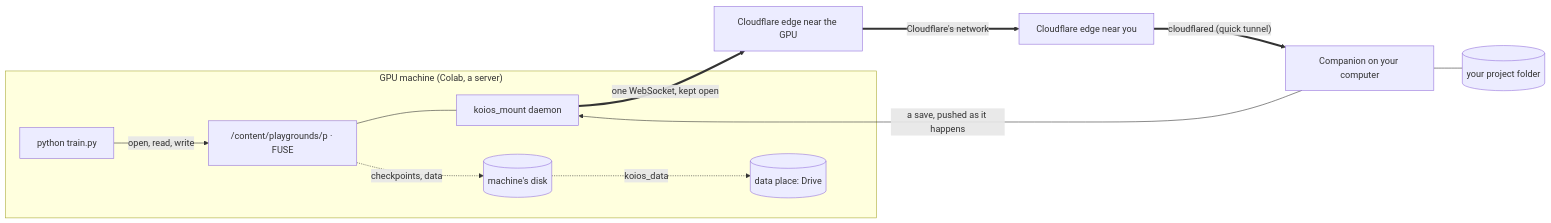
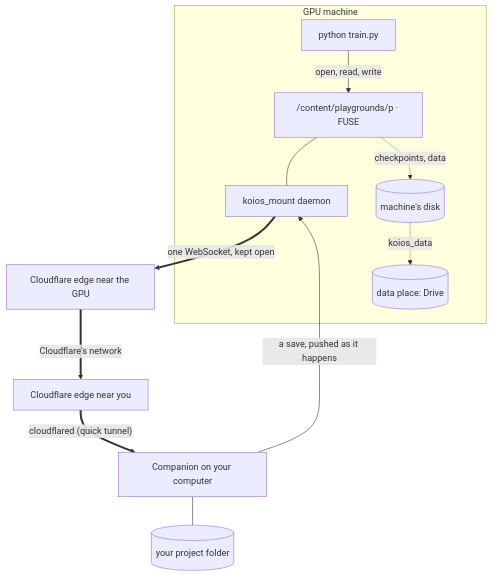
One commit to saurav717/reader changed the diagram in docs/compute-mount.md. Above: the diagram before and after it, drawn with Mermaid. The commit also changed other lines of this file and 9 other files, not shown here.

First line of the commit message:
Process document for the mount, as Markdown and as a PDF, with diagrams and measured charts

````diff
--- a/docs/compute-mount.md
+++ b/docs/compute-mount.md
@@ -42,14 +46,14 @@
 ```mermaid
-flowchart LR
-  subgraph gpu["GPU machine (Colab, a server)"]
+flowchart TB
+  subgraph gpu["GPU machine"]
     P[python train.py] -- "open, read, write" --> M["/content/playgrounds/p · FUSE"]
     M --- D[koios_mount daemon]
     M -. "checkpoints, data" .-> L[(machine's disk)]
     L -. "koios_data" .-> DP[(data place: Drive)]
   end
   D == "one WebSocket, kept open" ==> E1[Cloudflare edge near the GPU]
   E1 == "Cloudflare's network" ==> E2[Cloudflare edge near you]
   E2 == "cloudflared (quick tunnel)" ==> C[Companion on your computer]
   C --- F[(your project folder)]
   C -- "a save, pushed as it happens" --> D
 ```
````
